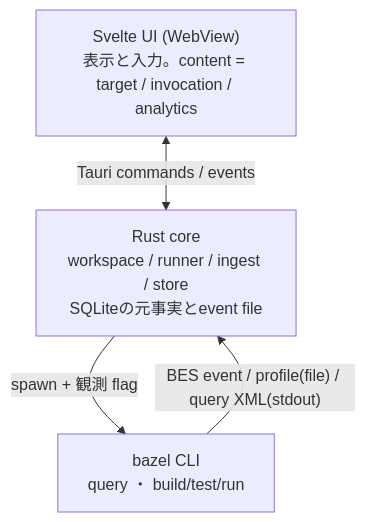
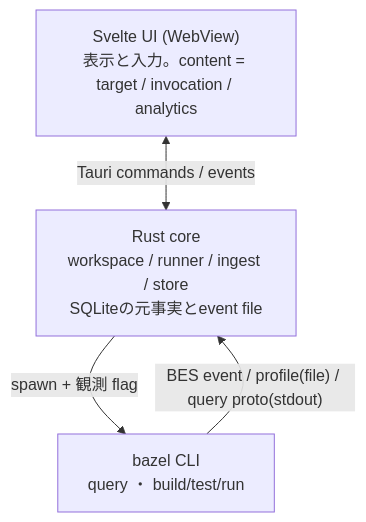
The diagram in docs/design/overview.md (OhataKenji/zeal), drawn with Mermaid before and after one commit. The commit also changed other lines of this file and 16 other files, not shown here.

First line of the commit message:
Decode target details with Bazel's query protobuf schema (#266)

````diff
--- a/docs/design/overview.md
+++ b/docs/design/overview.md
@@ -47,9 +47,9 @@
 ```mermaid
 flowchart TD
     UI["Svelte UI (WebView)<br/>表示と入力。content = target / invocation / analytics"]
     CORE["Rust core<br/>workspace / runner / ingest / store<br/>SQLiteの元事実とevent file"]
     BAZEL["bazel CLI<br/>query ・ build/test/run"]
     UI <-->|"Tauri commands / events"| CORE
     CORE -->|"spawn + 観測 flag"| BAZEL
-    BAZEL -->|"BES event / profile(file) / query XML(stdout)"| CORE
+    BAZEL -->|"BES event / profile(file) / query proto(stdout)"| CORE
 ```
````
